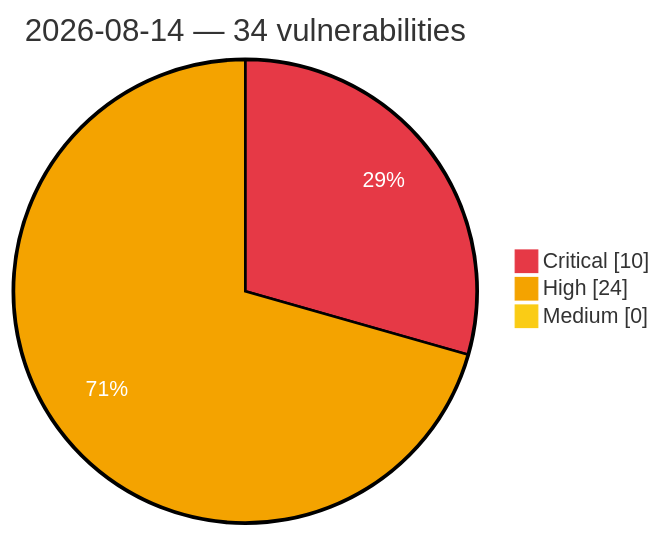
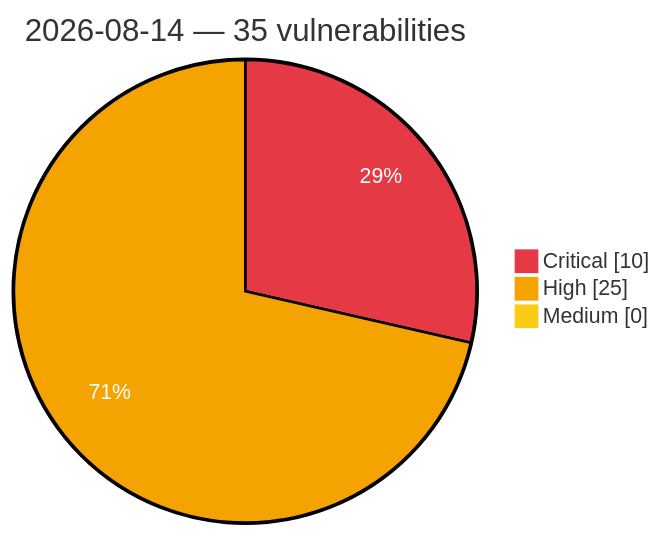
Before and after one commit to GhostX0X/vuln-tracker: the diagram in vulnerabilities/2026/August/2026-08-14.md, drawn with Mermaid. The commit also changed other lines of this file and 5 other files, not shown here.

````diff
--- a/vulnerabilities/2026/August/2026-08-14.md
+++ b/vulnerabilities/2026/August/2026-08-14.md
@@ -3,8 +3,8 @@
 ```mermaid
 %%{init: {'theme':'base', 'themeVariables': {'pie1':'#e63946', 'pie2':'#f4a300', 'pie3':'#facc15', 'pieOpacity':'1', 'pieOuterStrokeWidth':'2px', 'pieSectionTextColor':'#ffffff'}}}%%
 pie showData
-    title 2026-08-14 — 34 vulnerabilities
+    title 2026-08-14 — 35 vulnerabilities
     "Critical" : 10
-    "High" : 24
+    "High" : 25
     "Medium" : 0
 ```
````
